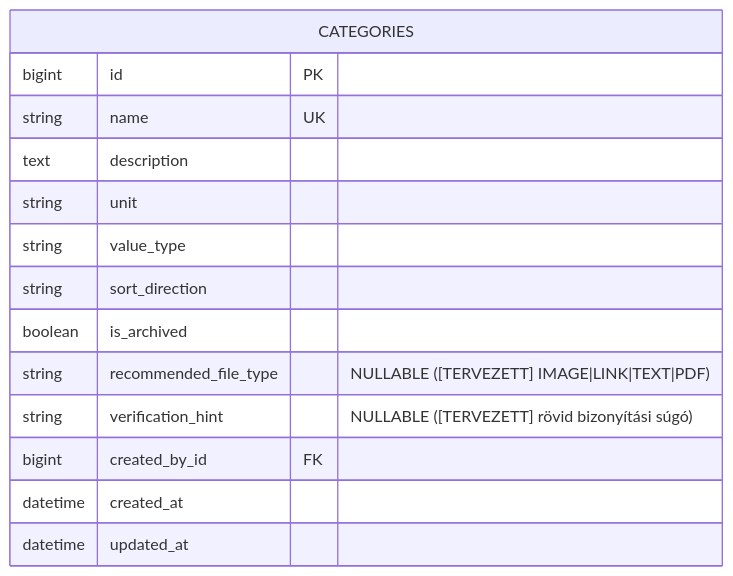
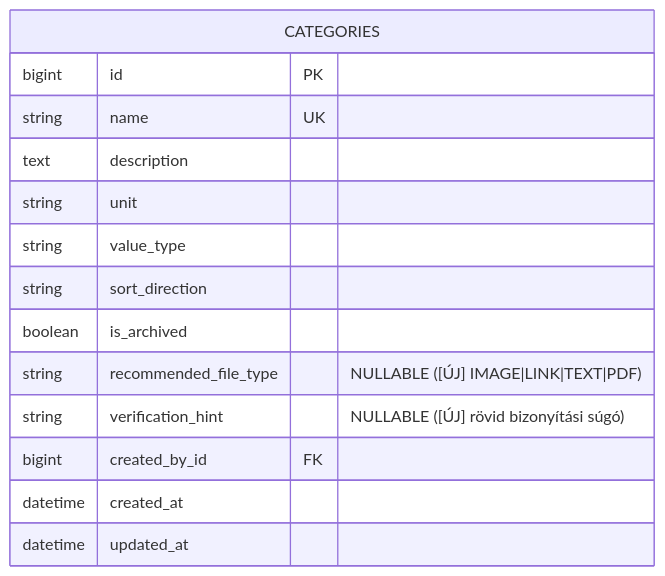
The second of 2 diagrams in docs/Új Funkciók/Verifikáció/verifikacio.md (Preeim/palrekord), drawn with Mermaid before and after one commit. The commit also changed other lines of this file and 21 other files, not shown here.

````diff
--- a/docs/Új Funkciók/Verifikáció/verifikacio.md
+++ b/docs/Új Funkciók/Verifikáció/verifikacio.md
@@ -117,17 +114,17 @@
 ```mermaid
 erDiagram
     CATEGORIES {
         bigint id PK
         string name UK
         text description
         string unit
         string value_type
         string sort_direction
         boolean is_archived
-        string recommended_file_type "NULLABLE ([TERVEZETT] IMAGE|LINK|TEXT|PDF)"
-        string verification_hint "NULLABLE ([TERVEZETT] rövid bizonyítási súgó)"
+        string recommended_file_type "NULLABLE ([ÚJ] IMAGE|LINK|TEXT|PDF)"
+        string verification_hint "NULLABLE ([ÚJ] rövid bizonyítási súgó)"
         bigint created_by_id FK
         datetime created_at
         datetime updated_at
     }
 ```
````
